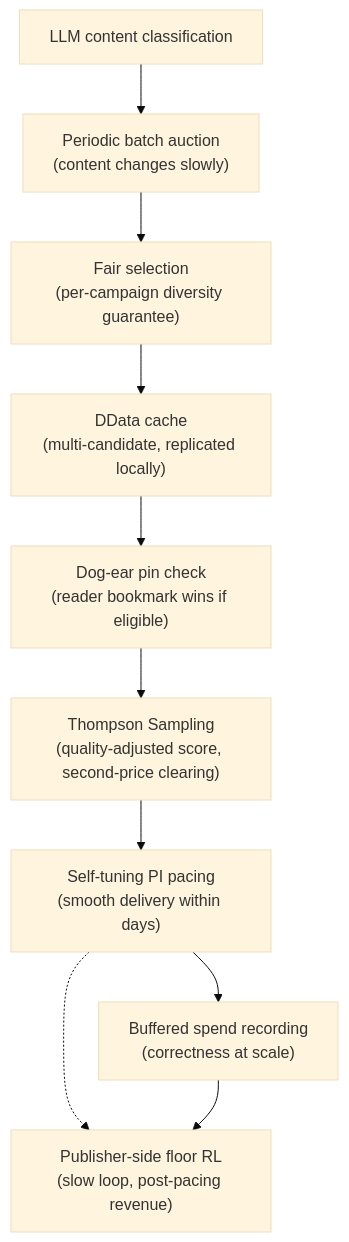
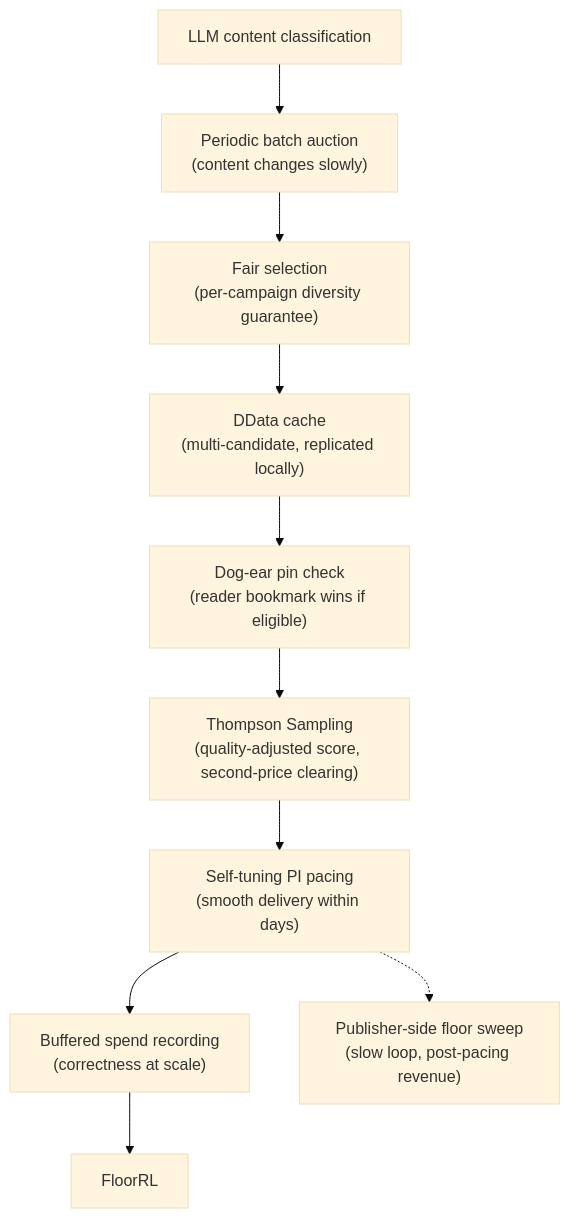
One commit to promovolve/promovolve-book changed the diagram in src/comparison/innovations.md. Above: the diagram before and after it, drawn with Mermaid (base theme). The commit also changed other lines of this file and 10 other files, not shown here.

First line of the commit message:
reconcile with 2026-07-13 implementation: floor sweep (not RL), fixed PI gains, exclusive dogeared counters, learn-only traffic shapes, designer one-source binding

````diff
--- a/src/comparison/innovations.md
+++ b/src/comparison/innovations.md
@@ -101,12 +101,12 @@
 ```mermaid
 graph TD
     LLM["LLM content classification"] --> Auction["Periodic batch auction<br/>(content changes slowly)"]
     Auction --> Fair["Fair selection<br/>(per-campaign diversity guarantee)"]
     Fair --> DData["DData cache<br/>(multi-candidate, replicated locally)"]
     DData --> Pin["Dog-ear pin check<br/>(reader bookmark wins if eligible)"]
     Pin --> TS["Thompson Sampling<br/>(quality-adjusted score, second-price clearing)"]
     TS --> PI["Self-tuning PI pacing<br/>(smooth delivery within days)"]
     PI --> Spend["Buffered spend recording<br/>(correctness at scale)"]
-    PI -.-> FloorRL["Publisher-side floor RL<br/>(slow loop, post-pacing revenue)"]
+    PI -.-> FloorSweep["Publisher-side floor sweep<br/>(slow loop, post-pacing revenue)"]
     Spend --> FloorRL
 ```
````
